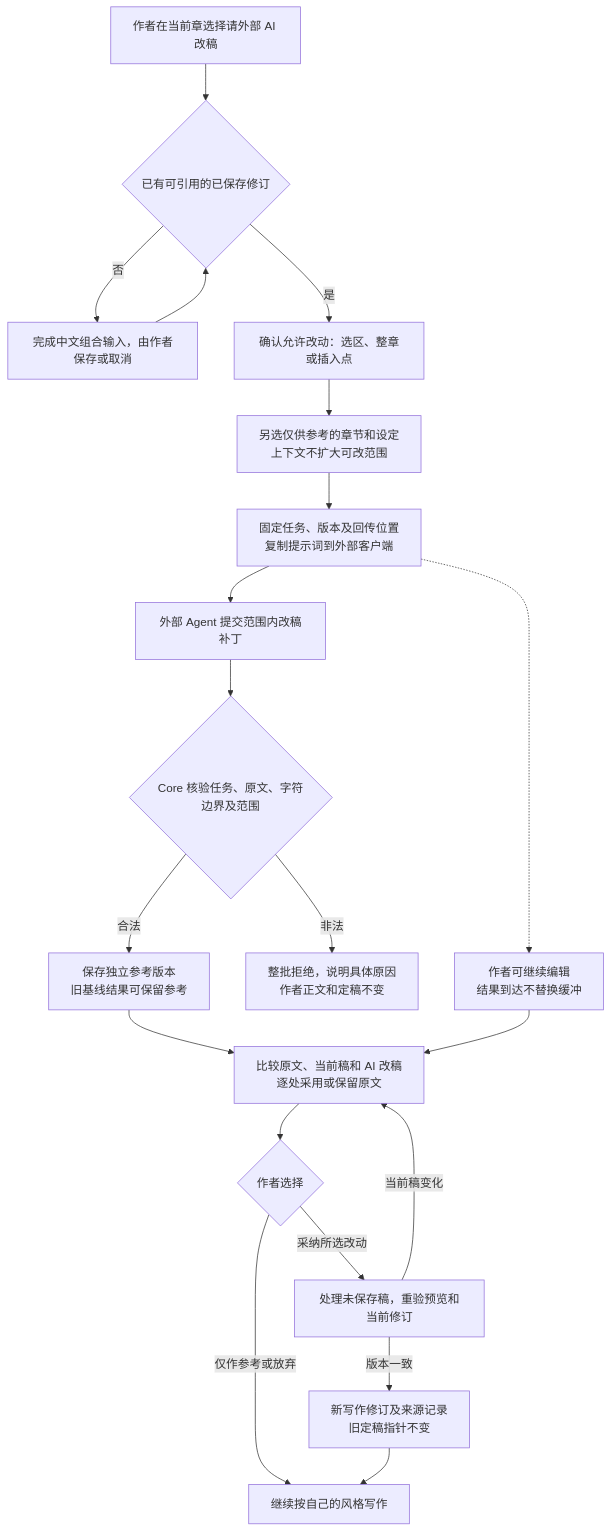
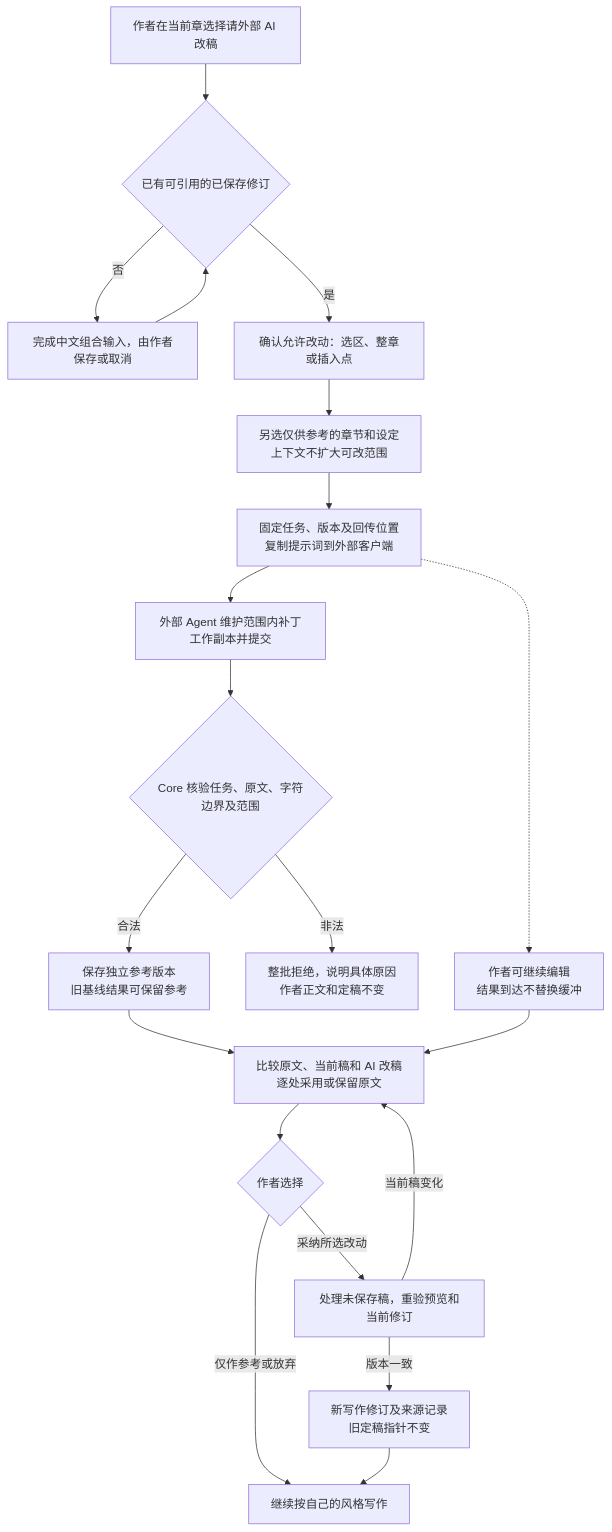
Before and after one commit to limecloud/hetu: diagram 34 of 48 in docs/23-业务流程与MCP时序.md, drawn with Mermaid. The commit also changed other lines of this file and 993 other files, not shown here.

````diff
--- a/docs/23-业务流程与MCP时序.md
+++ b/docs/23-业务流程与MCP时序.md
@@ -912,22 +942,22 @@
 ```mermaid
 flowchart TD
     author["作者在当前章选择请外部 AI 改稿"] --> saved{"已有可引用的已保存修订"}
     saved -->|"否"| save["完成中文组合输入，由作者保存或取消"]
     save --> saved
     saved -->|"是"| scope["确认允许改动：选区、整章或插入点"]
     scope --> context["另选仅供参考的章节和设定<br/>上下文不扩大可改范围"]
     context --> task["固定任务、版本及回传位置<br/>复制提示词到外部客户端"]
-    task --> agent["外部 Agent 提交范围内改稿补丁"]
+    task --> agent["外部 Agent 维护范围内补丁工作副本并提交"]
     task -.-> writing["作者可继续编辑<br/>结果到达不替换缓冲"]
     agent --> check{"Core 核验任务、原文、字符边界及范围"}
     check -->|"非法"| blocked["整批拒绝，说明具体原因<br/>作者正文和定稿不变"]
     check -->|"合法"| candidate["保存独立参考版本<br/>旧基线结果可保留参考"]
     candidate --> compare["比较原文、当前稿和 AI 改稿<br/>逐处采用或保留原文"]
     writing --> compare
     compare --> choice{"作者选择"}
     choice -->|"仅作参考或放弃"| continueWriting["继续按自己的风格写作"]
     choice -->|"采纳所选改动"| preview["处理未保存稿，重验预览和当前修订"]
     preview -->|"当前稿变化"| compare
     preview -->|"版本一致"| revision["新写作修订及来源记录<br/>旧定稿指针不变"]
     revision --> continueWriting
 ```
````
